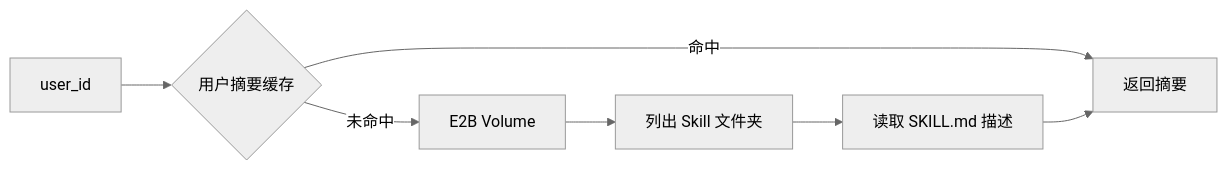
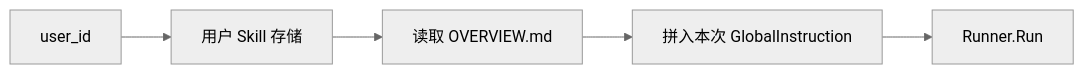
The third of 4 diagrams in docs/skills系统设计.md (lucy971326/EDITH), drawn with Mermaid (neutral theme) before and after one commit. The commit also changed other lines of this file and 14 other files, not shown here.

First line of the commit message:
feat(skills): support user-level skill creation and persistence

````diff
--- a/docs/skills系统设计.md
+++ b/docs/skills系统设计.md
@@ -146,9 +159,7 @@
 ```mermaid
 flowchart LR
-  U[user_id] --> K{用户摘要缓存}
-  K -->|命中| R[返回摘要]
-  K -->|未命中| V[E2B Volume]
-  V --> M[列出 Skill 文件夹]
-  M --> P[读取 SKILL.md 描述]
-  P --> R
+  U[user_id] --> V[用户 Skill 存储]
+  V --> O[读取 OVERVIEW.md]
+  O --> P[拼入本次 GlobalInstruction]
+  P --> R[Runner.Run]
 ```
````
